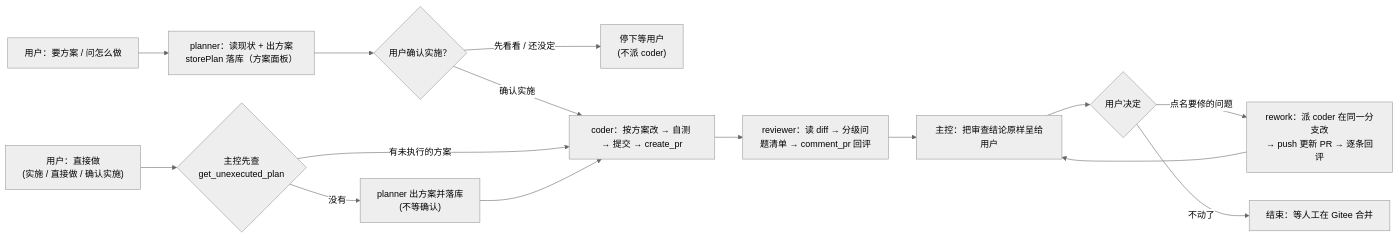
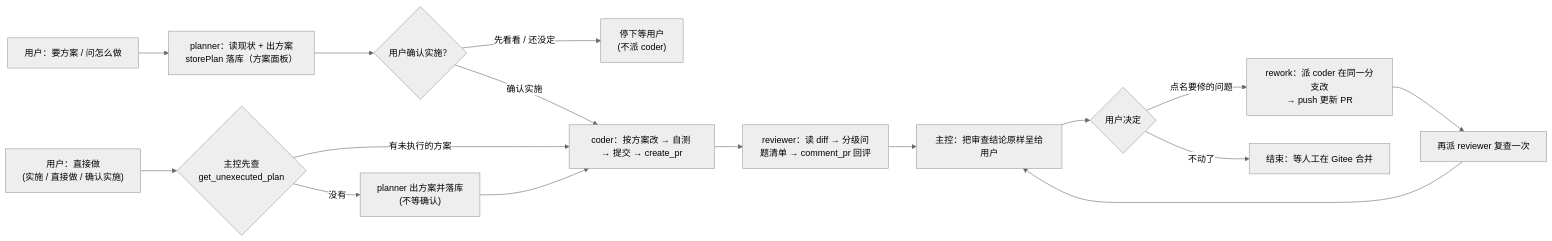
The second of 3 diagrams in docs/business-flow.md (wanqi-development/ai-coding-harness), drawn with Mermaid (neutral theme) before and after one commit. The commit also changed other lines of this file and 54 other files, not shown here.

Commit message:
feat(agent): 状态优先意图路由与 PR 记忆同步

````diff
--- a/docs/business-flow.md
+++ b/docs/business-flow.md
@@ -117,17 +101,18 @@
 ```mermaid
 flowchart LR
     U["用户：要方案 / 问怎么做"] --> P["planner：读现状 + 出方案<br/>storePlan 落库（方案面板）"]
     P --> W{"用户确认实施？"}
     W -->|"先看看 / 还没定"| X["停下等用户<br/>(不派 coder)"]
     W -->|"确认实施"| C
     V["用户：直接做<br/>(实施 / 直接做 / 确认实施)"] --> Q{"主控先查<br/>get_unexecuted_plan"}
     Q -->|"有未执行的方案"| C
     Q -->|"没有"| P2["planner 出方案并落库<br/>(不等确认)"] --> C
     C["coder：按方案改 → 自测 → 提交 → create_pr"]
     C --> R["reviewer：读 diff → 分级问题清单 → comment_pr 回评"]
     R --> S["主控：把审查结论原样呈给用户"]
     S --> T{"用户决定"}
-    T -->|"点名要修的问题"| K["rework：派 coder 在同一分支改<br/>→ push 更新 PR → 逐条回评"]
-    K --> S
+    T -->|"点名要修的问题"| K["rework：派 coder 在同一分支改<br/>→ push 更新 PR"]
+    K --> K2["再派 reviewer 复查一次"]
+    K2 --> S
     T -->|"不动了"| E["结束：等人工在 Gitee 合并"]
 ```
````
